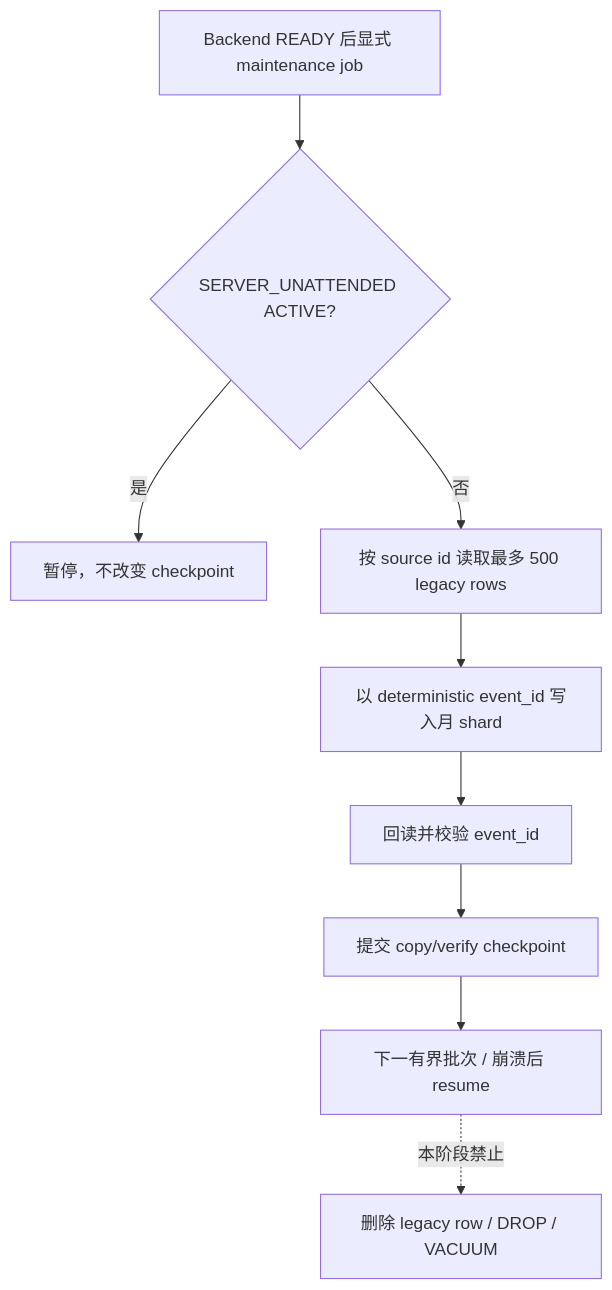
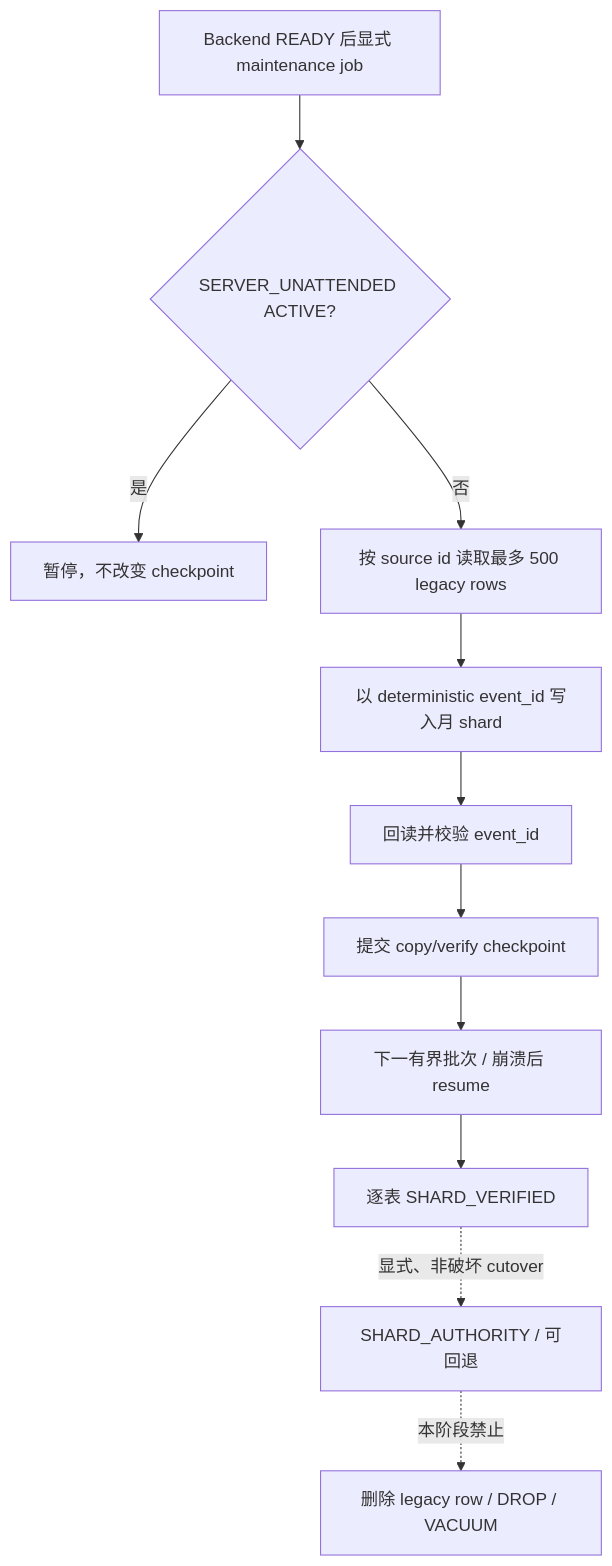
The third of 3 diagrams in docs/storage/DATA_LAYOUT.md (wxj183589/NetConsole), drawn with Mermaid before and after one commit. The commit also changed other lines of this file and 5 other files, not shown here.

````diff
--- a/docs/storage/DATA_LAYOUT.md
+++ b/docs/storage/DATA_LAYOUT.md
@@ -133,11 +135,13 @@
 ```mermaid
 flowchart TD
     A["Backend READY 后显式 maintenance job"] --> B{"SERVER_UNATTENDED ACTIVE?"}
     B -->|"是"| P["暂停，不改变 checkpoint"]
     B -->|"否"| C["按 source id 读取最多 500 legacy rows"]
     C --> D["以 deterministic event_id 写入月 shard"]
     D --> E["回读并校验 event_id"]
     E --> F["提交 copy/verify checkpoint"]
     F --> G["下一有界批次 / 崩溃后 resume"]
-    G -."本阶段禁止".-> X["删除 legacy row / DROP / VACUUM"]
+    G --> H["逐表 SHARD_VERIFIED"]
+    H -."显式、非破坏 cutover".-> I["SHARD_AUTHORITY / 可回退"]
+    I -."本阶段禁止".-> X["删除 legacy row / DROP / VACUUM"]
 ```
````
